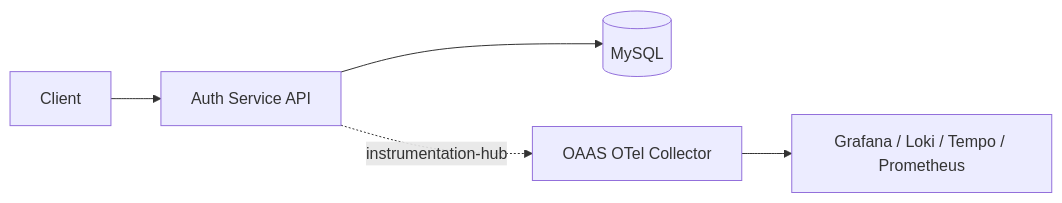
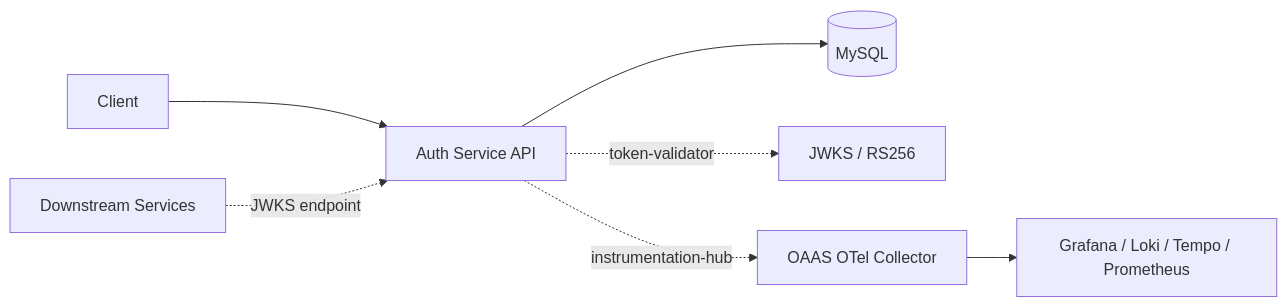
One commit to vyavasthita/auth-service changed the diagram in README.md. Above: the diagram before and after it, drawn with Mermaid. The commit also changed other lines of this file and 8 other files, not shown here.

````diff
--- a/README.md
+++ b/README.md
@@ -10,7 +11,9 @@
 ```mermaid
 flowchart LR
     Client --> FastAPI[Auth Service API]
     FastAPI --> MySQL[(MySQL)]
+    FastAPI -.->|token-validator| JWKS[JWKS / RS256]
     FastAPI -.->|instrumentation-hub| Collector[OAAS OTel Collector]
     Collector --> Grafana[Grafana / Loki / Tempo / Prometheus]
+    Downstream[Downstream Services] -.->|JWKS endpoint| FastAPI
 ```
````
